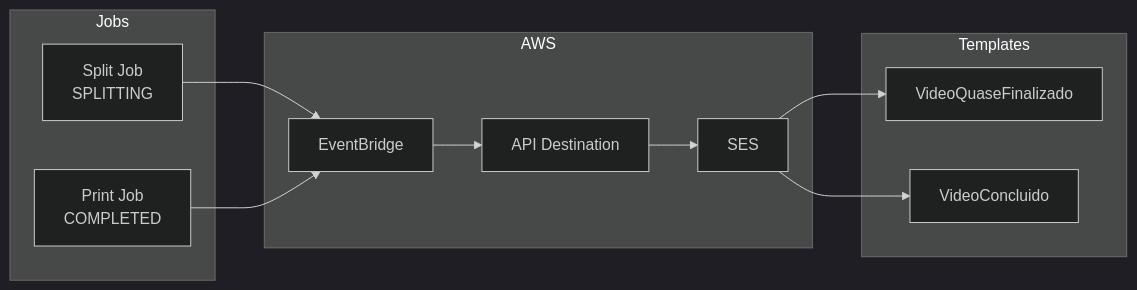
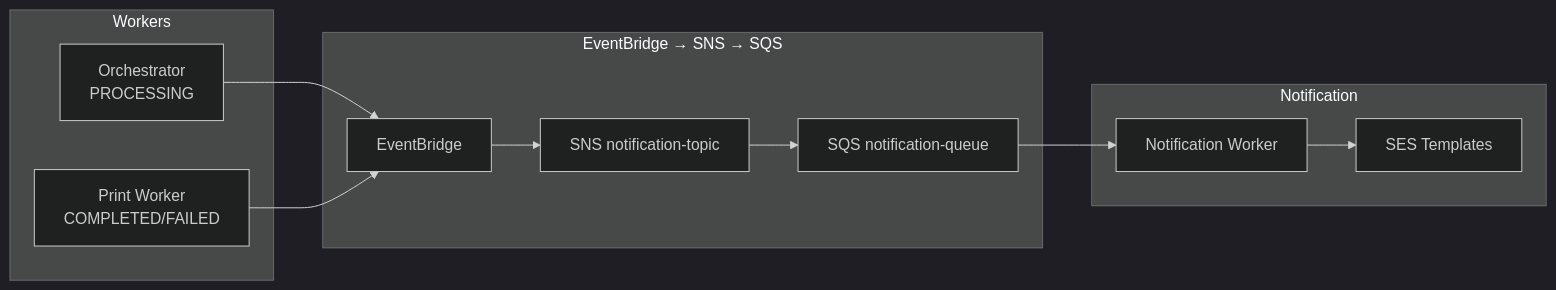
One commit to FreitasArao/fiap-image changed the sixth of 6 diagrams in docs/adrs/07.md. Above: the diagram before and after it, drawn with Mermaid (dark theme). The commit also changed other lines of this file and 42 other files, not shown here.

Commit message:
feat: Refactor video processing architecture to implement SNS for event fan-out, enhancing resilience and extensibility with SQS integration for multipart upload completion and video status updates

````diff
--- a/docs/adrs/07.md
+++ b/docs/adrs/07.md
@@ -304,25 +260,25 @@
 ```mermaid
 flowchart LR
-    subgraph Jobs
-        Split[Split Job<br/>SPLITTING]
-        Print[Print Job<br/>COMPLETED]
+    subgraph Workers
+        Orch[Orchestrator<br/>PROCESSING]
+        Print[Print Worker<br/>COMPLETED/FAILED]
     end
 
-    subgraph AWS
+    subgraph AWS [EventBridge → SNS → SQS]
         EB[EventBridge]
-        API[API Destination]
-        SES[SES]
+        SNS[SNS notification-topic]
+        SQS[SQS notification-queue]
     end
 
-    subgraph Templates
-        T1[VideoQuaseFinalizado]
-        T2[VideoConcluido]
+    subgraph Notification
+        NW[Notification Worker]
+        SES[SES Templates]
     end
 
-    Split --> EB
+    Orch --> EB
     Print --> EB
-    EB --> API
-    API --> SES
-    SES --> T1
-    SES --> T2
+    EB --> SNS
+    SNS --> SQS
+    SQS --> NW
+    NW --> SES
 ```
````
